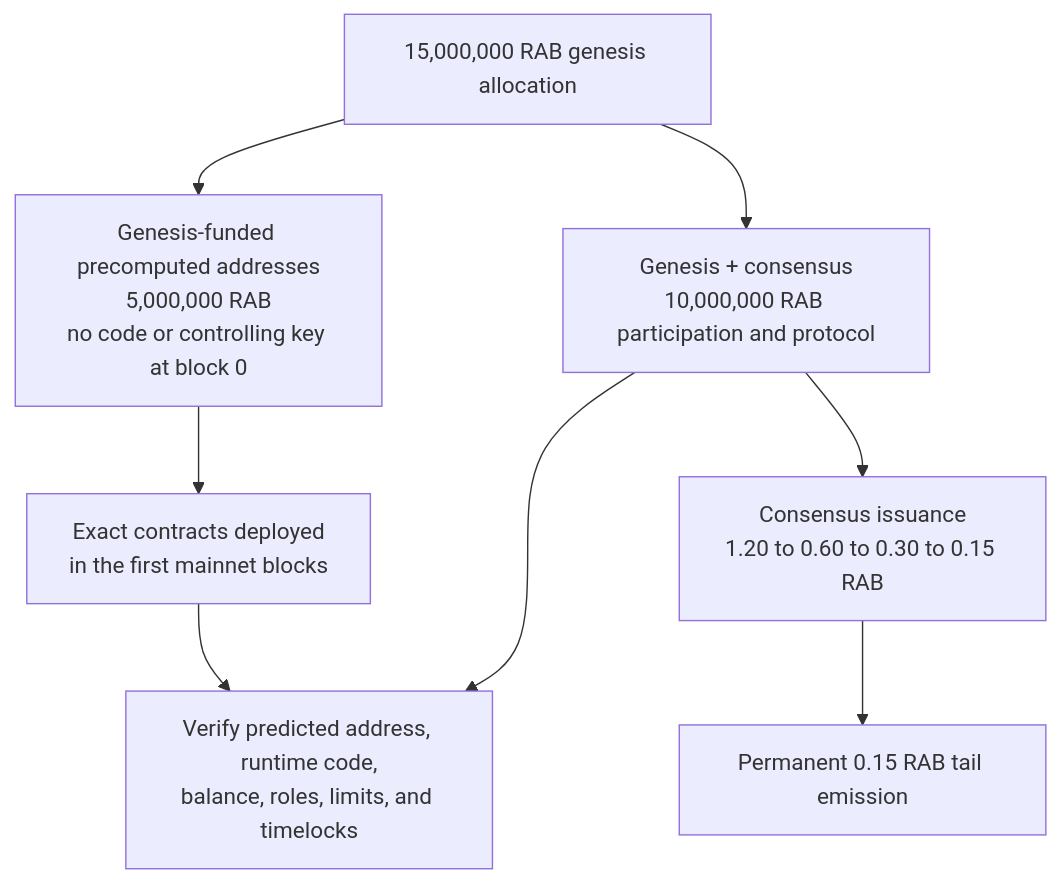
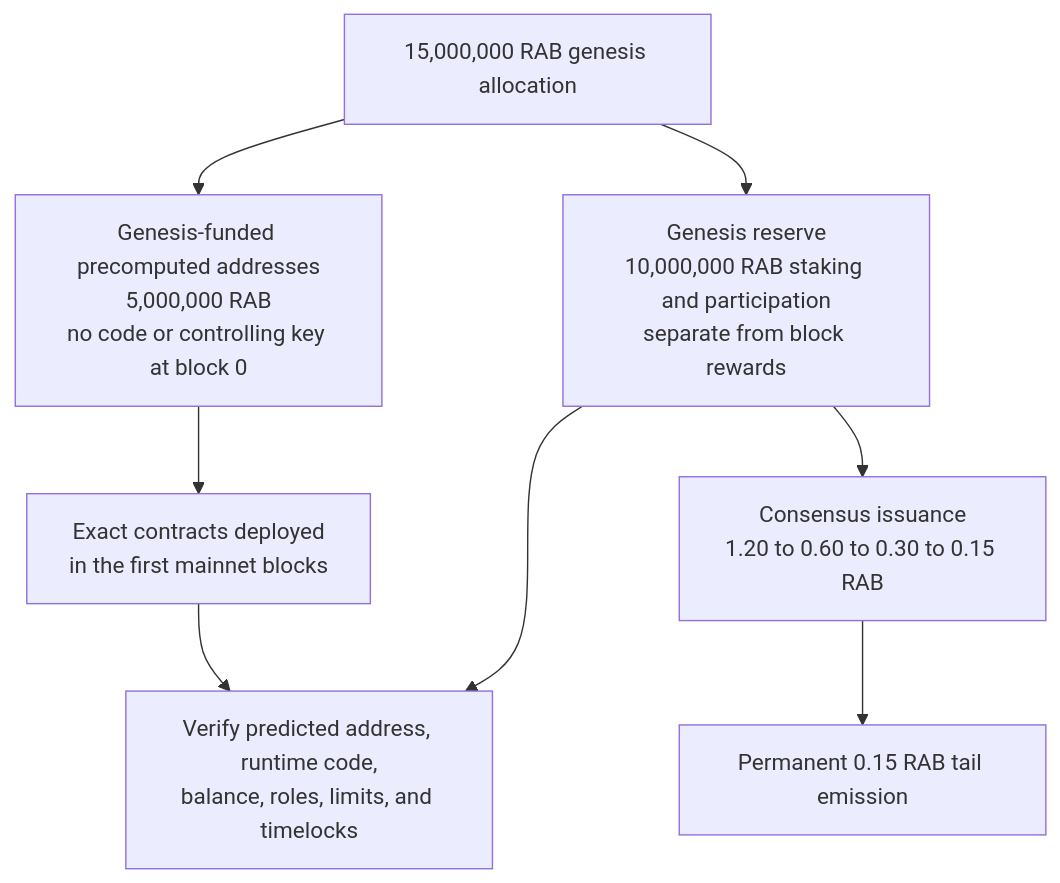
Before and after one commit to rabbitmainnet/rabbit-chain-whitepaper: the diagram in assets/diagrams/rab-allocation-transparency.mmd, drawn with Mermaid. The commit also changed 10 other files, not shown here.

```diff
--- a/assets/diagrams/rab-allocation-transparency.mmd
+++ b/assets/diagrams/rab-allocation-transparency.mmd
@@ -1,15 +1,15 @@
 flowchart TD
     A[15,000,000 RAB genesis allocation]
-    B[Genesis + consensus<br/>10,000,000 RAB participation and protocol]
+    B[Genesis reserve<br/>10,000,000 RAB staking and participation<br/>separate from block rewards]
     C[Genesis-funded precomputed addresses<br/>5,000,000 RAB<br/>no code or controlling key at block 0]
     E[Exact contracts deployed<br/>in the first mainnet blocks]
     D[Verify predicted address, runtime code,<br/>balance, roles, limits, and timelocks]
     F[Consensus issuance<br/>1.20 to 0.60 to 0.30 to 0.15 RAB]
     G[Permanent 0.15 RAB tail emission]
     A --> B
     A --> C
     C --> E
     B --> D
     E --> D
     B --> F
     F --> G
```
